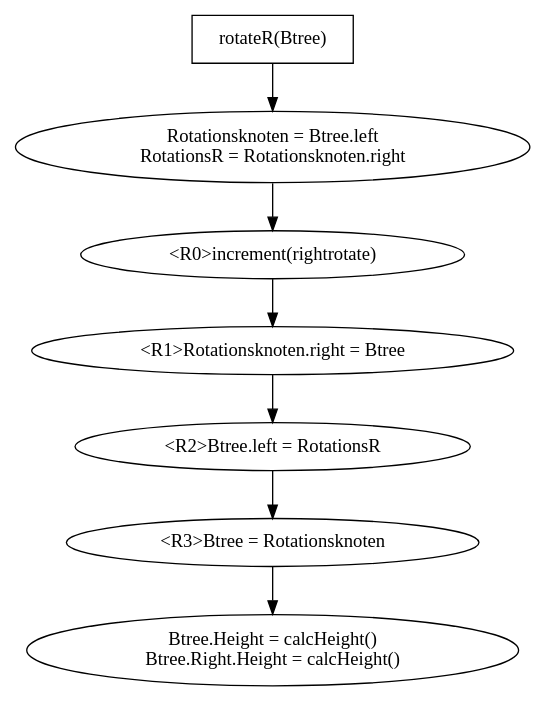
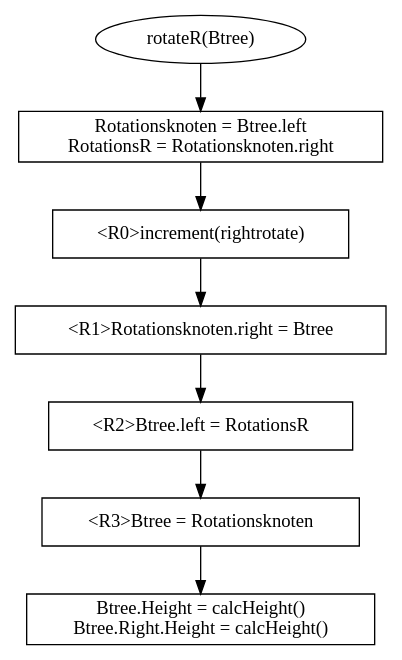
One commit to hugoppp-uni/Hausarbeit-Algorithmen-und-Datenstrukturen changed the diagram in doc/graphviz/rotateR.gv. Above: the diagram before and after it, drawn with Graphviz. The commit also changed 6 other files, not shown here.

Commit message:
Graphviz: Improve layout and change shape to box

```diff
--- a/doc/graphviz/rotateR.gv
+++ b/doc/graphviz/rotateR.gv
@@ -1,15 +1,16 @@
 digraph G {
-    rotateR [label = "rotateR(Btree)" shape = box];
+    node [shape = box];
+    rotateR [label = "rotateR(Btree)" shape = ellipse];
     rotateR -> wurzel
     wurzel [label = "Rotationsknoten = Btree.left\nRotationsR = Rotationsknoten.right"];
     wurzel -> a0
     a0 [label = "<R0>increment(rightrotate)"]
     a0 -> a1
     a1 [label = "<R1>Rotationsknoten.right = Btree"]
     a1 -> a2
     a2  [label = "<R2>Btree.left = RotationsR"]
     a2 -> a3
     a3 [label = "<R3>Btree = Rotationsknoten"]
     a3 -> a4
     a4 [label = "Btree.Height = calcHeight()\nBtree.Right.Height = calcHeight()"]
 }
```
